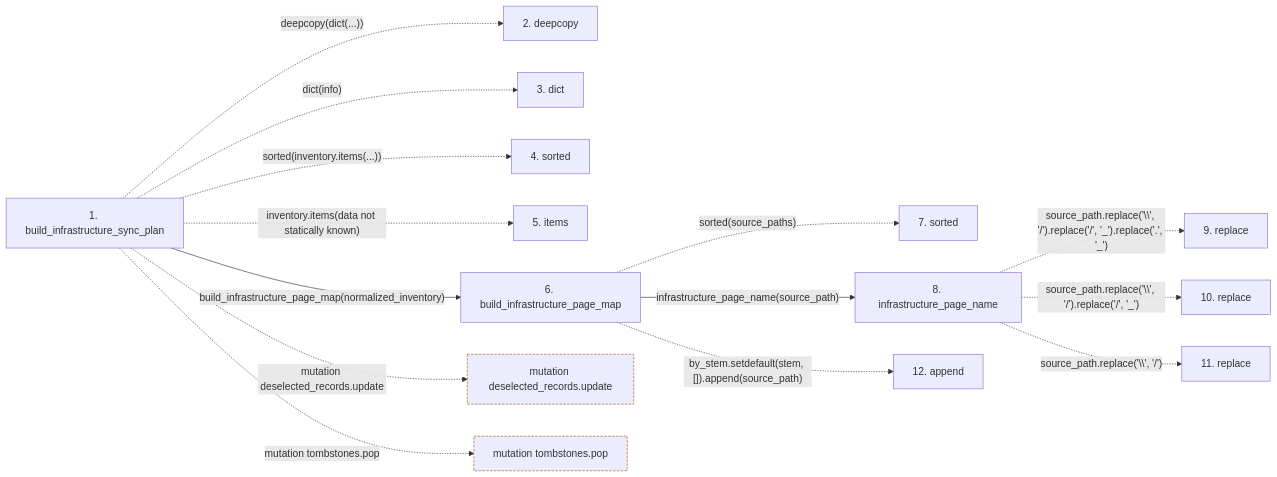
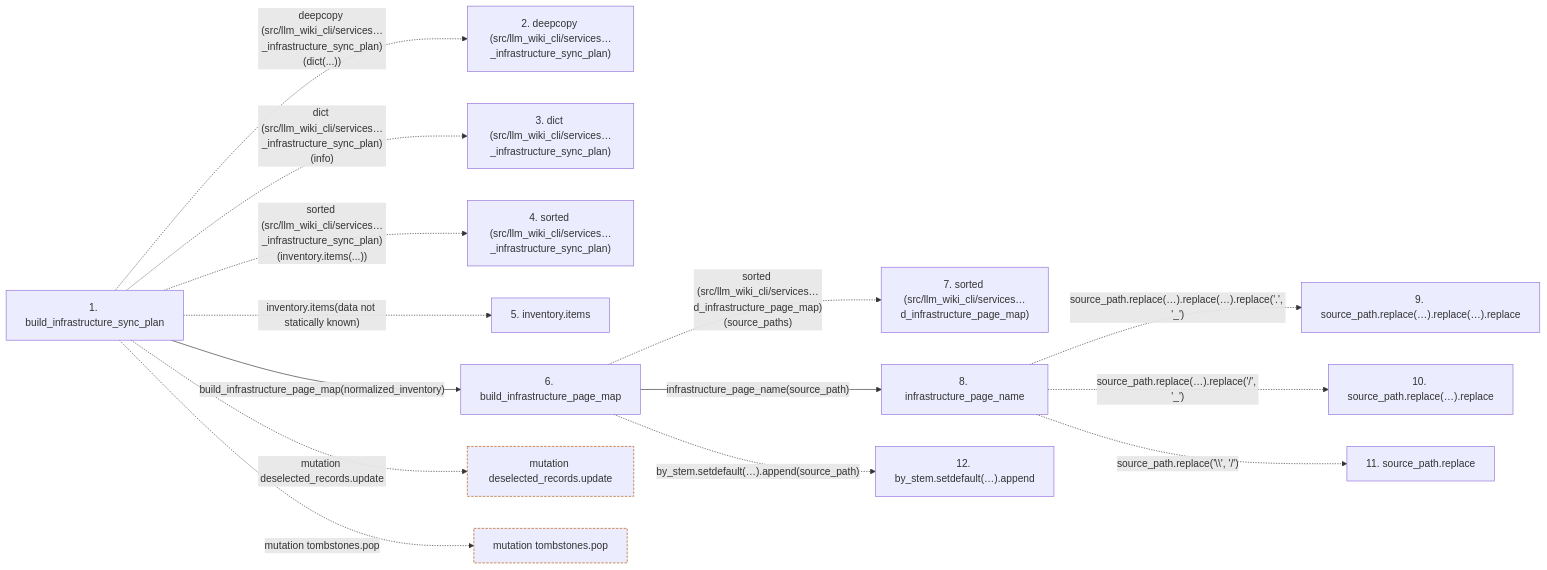
Before and after one commit to Denissvgn/python-wiki-llm: the second of 2 diagrams in docs/llm_wiki/flows/api-build_infrastructure_sync_plan.md, drawn with Mermaid. The commit also changed other lines of this file and 719 other files, not shown here.

````diff
--- a/docs/llm_wiki/flows/api-build_infrastructure_sync_plan.md
+++ b/docs/llm_wiki/flows/api-build_infrastructure_sync_plan.md
@@ -80,36 +84,36 @@
 ```mermaid
 flowchart LR
     s1["1. build_infrastructure_sync_plan"]
-    s2["2. deepcopy"]
-    s3["3. dict"]
-    s4["4. sorted"]
-    s5["5. items"]
+    s2["2. deepcopy (src/llm_wiki_cli/services…_infrastructure_sync_plan)"]
+    s3["3. dict (src/llm_wiki_cli/services…_infrastructure_sync_plan)"]
+    s4["4. sorted (src/llm_wiki_cli/services…_infrastructure_sync_plan)"]
+    s5["5. inventory.items"]
     s6["6. build_infrastructure_page_map"]
-    s7["7. sorted"]
+    s7["7. sorted (src/llm_wiki_cli/services…d_infrastructure_page_map)"]
     s8["8. infrastructure_page_name"]
-    s9["9. replace"]
-    s10["10. replace"]
-    s11["11. replace"]
-    s12["12. append"]
-    s1 -. "deepcopy(dict(...))" .-> s2
-    s1 -. "dict(info)" .-> s3
-    s1 -. "sorted(inventory.items(...))" .-> s4
+    s9["9. source_path.replace(…).replace(…).replace"]
+    s10["10. source_path.replace(…).replace"]
+    s11["11. source_path.replace"]
+    s12["12. by_stem.setdefault(…).append"]
+    s1 -. "deepcopy (src/llm_wiki_cli/services…_infrastructure_sync_plan)(dict(...))" .-> s2
+    s1 -. "dict (src/llm_wiki_cli/services…_infrastructure_sync_plan)(info)" .-> s3
+    s1 -. "sorted (src/llm_wiki_cli/services…_infrastructure_sync_plan)(inventory.items(...))" .-> s4
     s1 -. "inventory.items(data not statically known)" .-> s5
     s1 -->|"build_infrastructure_page_map(normalized_inventory)"| s6
-    s6 -. "sorted(source_paths)" .-> s7
+    s6 -. "sorted (src/llm_wiki_cli/services…d_infrastructure_page_map)(source_paths)" .-> s7
     s6 -->|"infrastructure_page_name(source_path)"| s8
-    s8 -. "source_path.replace('\\', '/').replace('/', '_').replace('.', '_')" .-> s9
-    s8 -. "source_path.replace('\\', '/').replace('/', '_')" .-> s10
+    s8 -. "source_path.replace(…).replace(…).replace('.', '_')" .-> s9
+    s8 -. "source_path.replace(…).replace('/', '_')" .-> s10
     s8 -. "source_path.replace('\\', '/')" .-> s11
-    s6 -. "by_stem.setdefault(stem, []).append(source_path)" .-> s12
+    s6 -. "by_stem.setdefault(…).append(source_path)" .-> s12
     b0["mutation deselected_records.update"]
     s1 -. "mutation deselected_records.update" .-> b0
     b1["mutation tombstones.pop"]
     s1 -. "mutation tombstones.pop" .-> b1
     click s1 "../modules/infrastructure_sync.md"
     click s6 "../modules/infrastructure_sync.md"
     click s8 "../modules/infrastructure_inventory.md"
     classDef boundary stroke:#b45309,stroke-dasharray: 4 2
     class b0 boundary
     class b1 boundary
 ```
````
